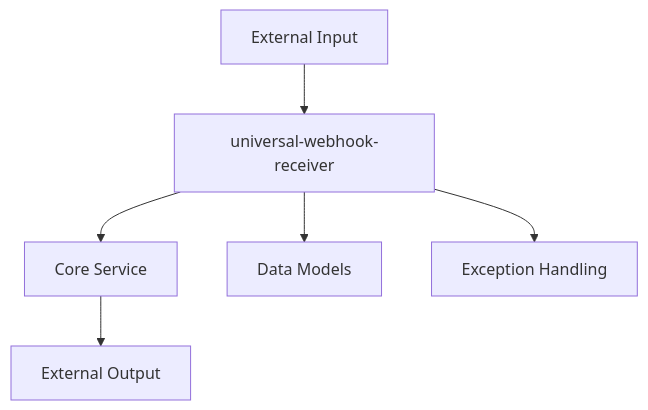
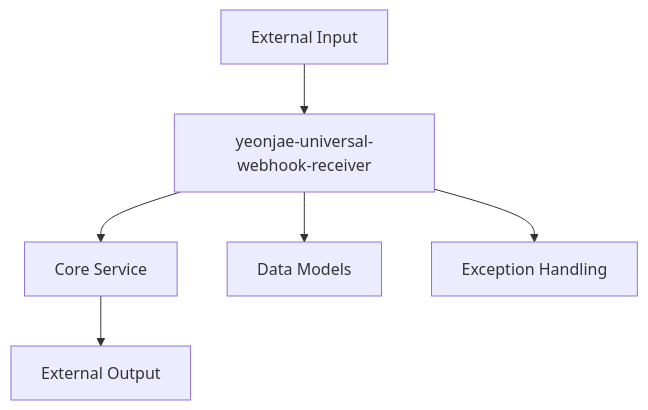
One commit to yeonjae-work/universal-modules changed the first of 4 diagrams in packages/yeonjae-universal-webhook-receiver/docs/technical-specification.md. Above: the diagram before and after it, drawn with Mermaid. The commit also changed other lines of this file and 11 other files, not shown here.

````diff
--- a/packages/yeonjae-universal-webhook-receiver/docs/technical-specification.md
+++ b/packages/yeonjae-universal-webhook-receiver/docs/technical-specification.md
@@ -23,8 +23,8 @@
 ```mermaid
 graph TB
-    A[External Input] --> B[universal-webhook-receiver]
+    A[External Input] --> B[yeonjae-universal-webhook-receiver]
     B --> C[Core Service]
     B --> D[Data Models]
     B --> E[Exception Handling]
     C --> F[External Output]
 ```
````
